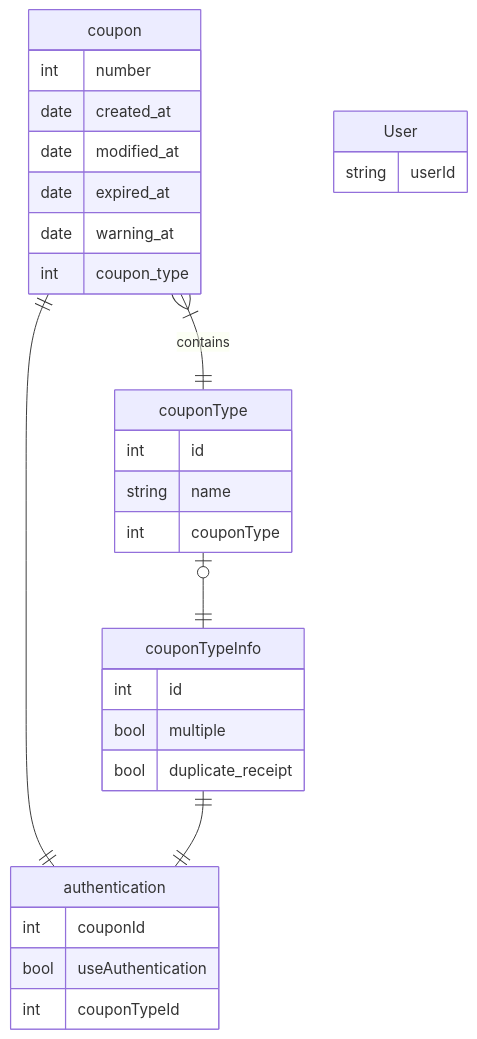
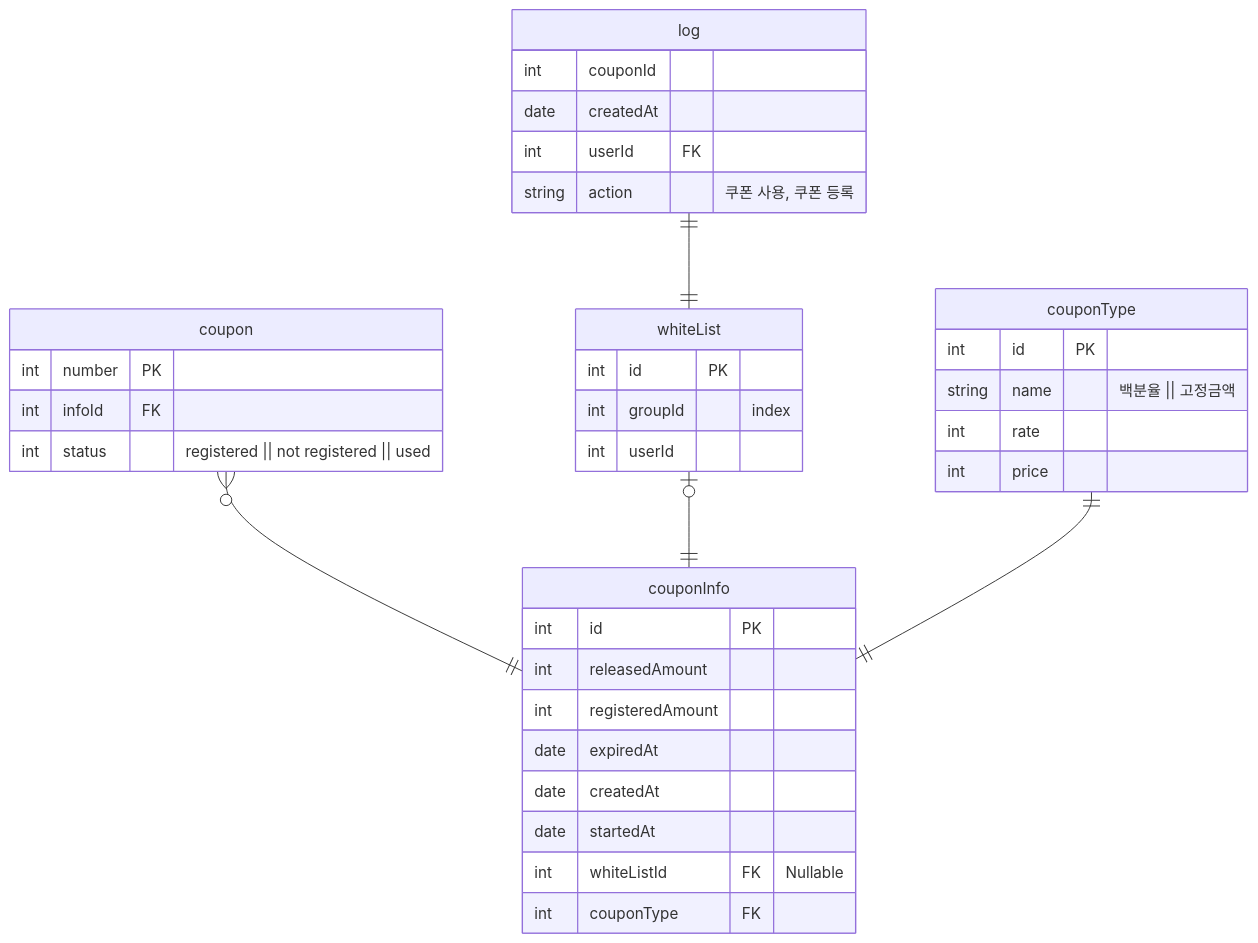
One commit to couponApiServerEconovation/couponApiServerMtak changed the diagram in phase0-erd.md. Above: the diagram before and after it, drawn with Mermaid. The commit also changed 1 other file, not shown here.

Commit message:
#10 phase-9 ERD 완성

````diff
--- a/phase0-erd.md
+++ b/phase0-erd.md
@@ -2,41 +2,43 @@
 ```mermaid
 erDiagram
 coupon {
-    int number
-    date created_at
-    date modified_at
-    date expired_at
-    date warning_at
-    int coupon_type
-    
+    int number PK 
+    int infoId FK 
+    int status "registered || not registered || used"
 }
 
 couponType {
-    int id
-    string name
-    int couponType
+    int id PK
+    string name "백분율 || 고정금액"
+    int rate
+    int price
 }
 
-authentication {
-    int couponId
-    bool useAuthentication
-    int couponTypeId
+whiteList {
+    int id PK
+    int groupId "index" 
+    int userId
 }
 
-couponTypeInfo {
-    int id
-    bool multiple
-    bool duplicate_receipt
+couponInfo {
+    int id PK
+    int releasedAmount
+    int registeredAmount
+    date expiredAt
+    date createdAt
+    date startedAt
+    int whiteListId FK "Nullable"
+    int couponType FK 
 }
 
-User {
-    string userId
-    
+log {
+    int couponId
+    date createdAt
+    int userId FK
+    string action "쿠폰 사용, 쿠폰 등록"
 }
-coupon }|--|| couponType : contains
-couponType |o--|| couponTypeInfo : ""
-coupon ||--|| authentication :""
-couponTypeInfo ||--|| authentication :""
-
-
+coupon }o--|| couponInfo: ""
+whiteList |o--|| couponInfo: ""
+couponType ||--|| couponInfo: ""
+log ||--|| whiteList: ""
 ```
````
